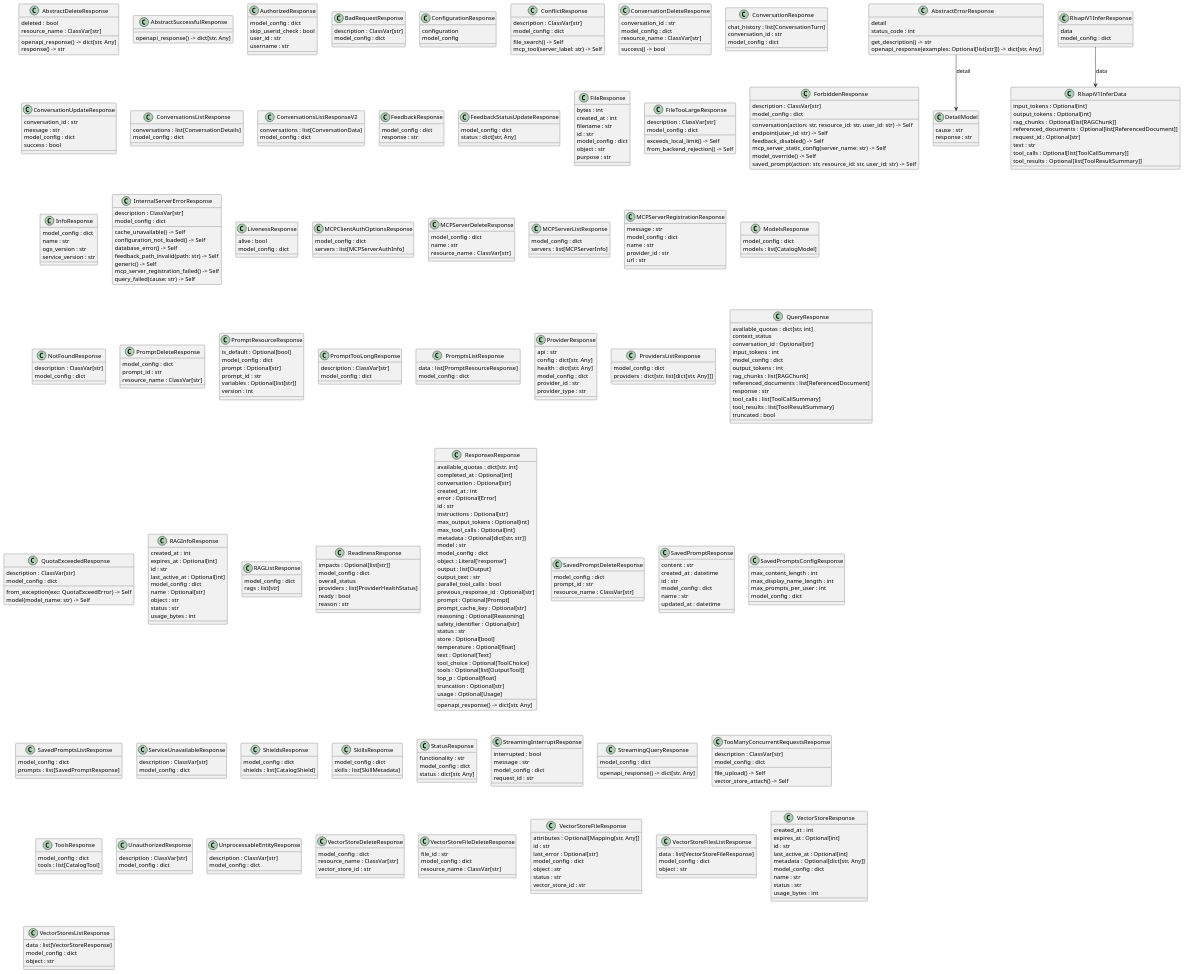
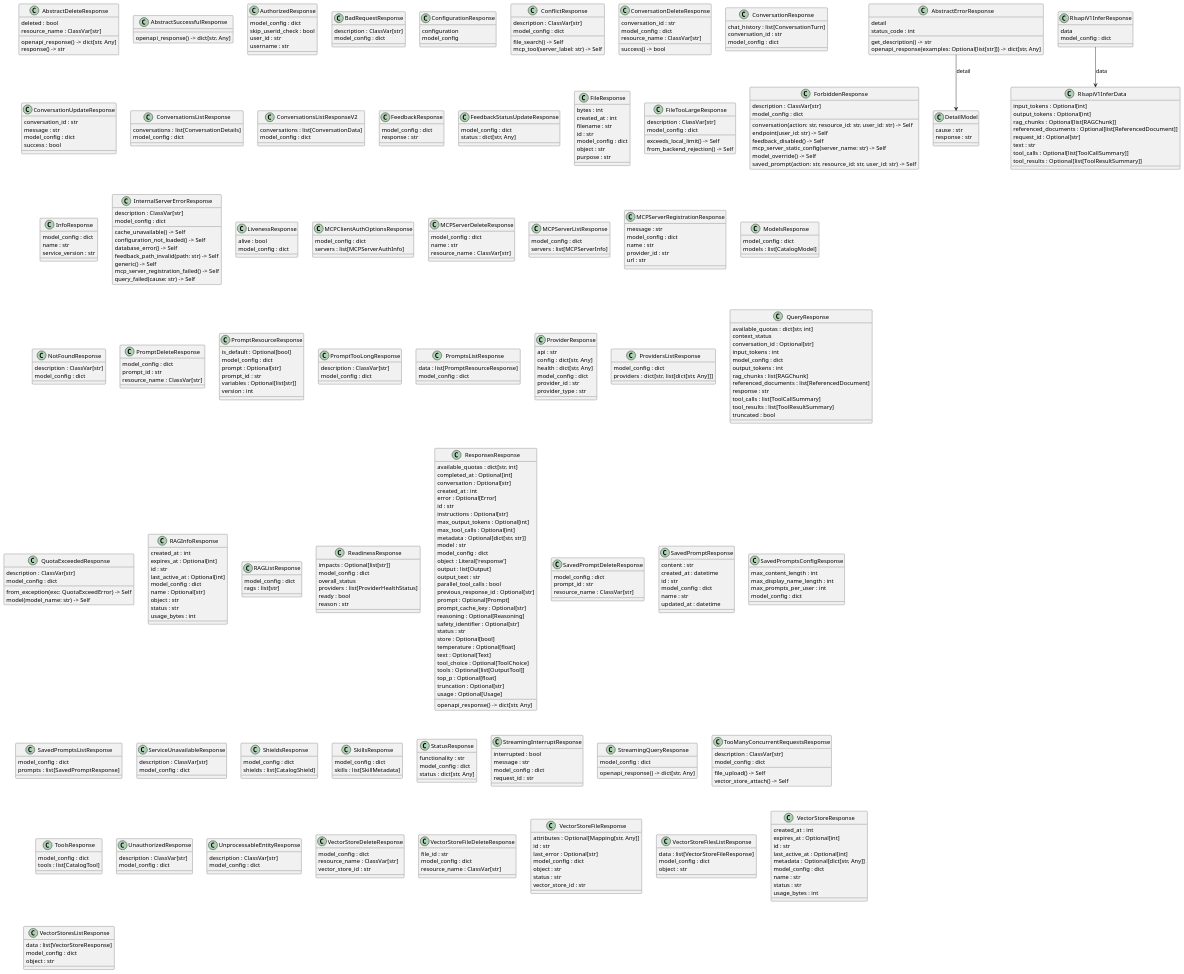
The diagram in docs/models/responses.puml (lightspeed-core/lightspeed-stack), drawn with PlantUML before and after one commit. The commit also changed 18 other files, not shown here.

First line of the commit message:
LCORE-4751: remove ogx_version from GET /v1/info

```diff
--- a/docs/models/responses.puml
+++ b/docs/models/responses.puml
@@ -100,7 +100,6 @@
 class "InfoResponse" as src.models.api.responses.successful.probes.InfoResponse {
   model_config : dict
   name : str
-  ogx_version : str
   service_version : str
 }
 class "InternalServerErrorResponse" as src.models.api.responses.error.internal.InternalServerErrorResponse {
```
